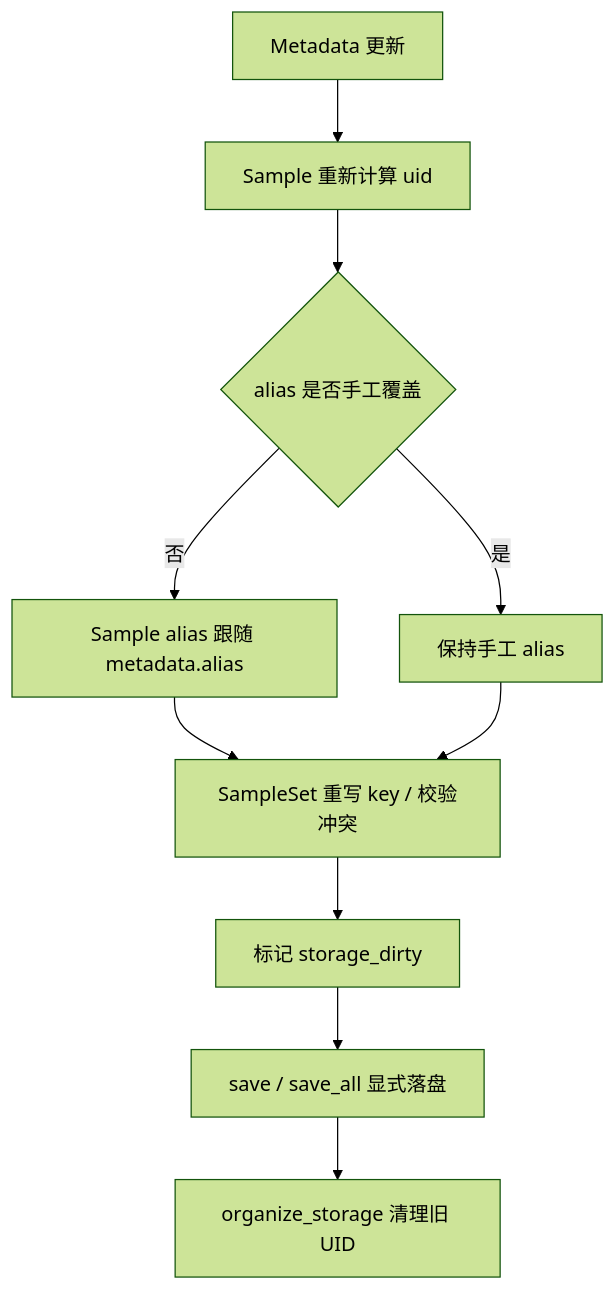
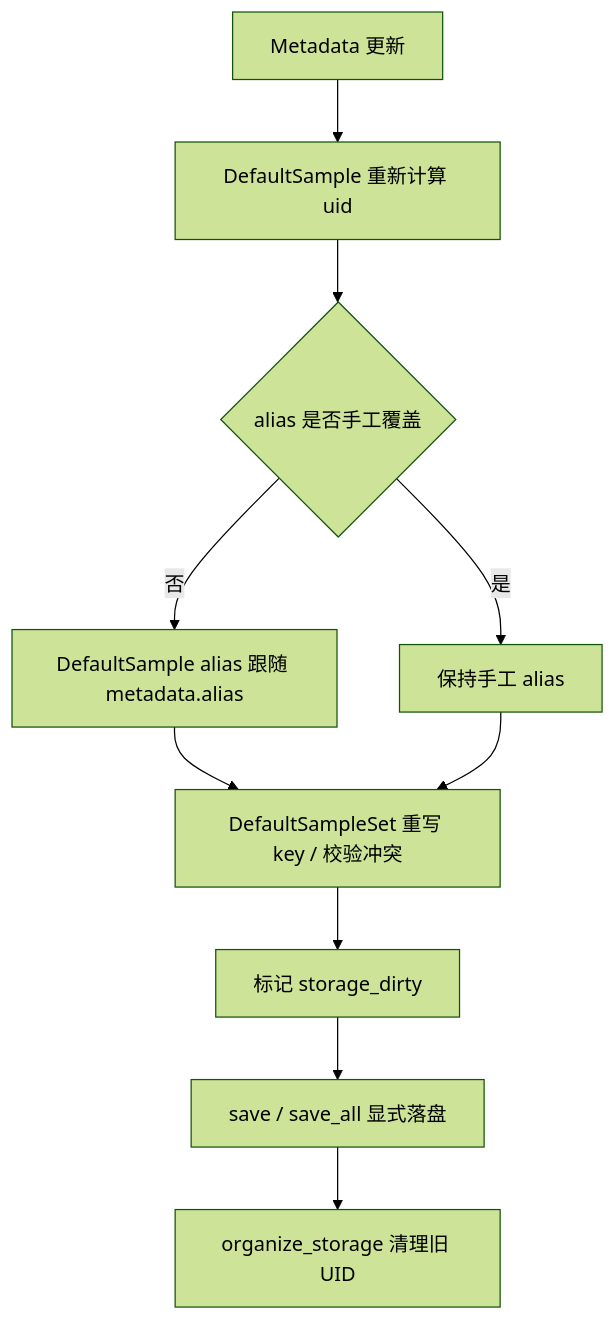
Before and after one commit to bingofisher/dyntool: the diagram in docs/developer/sample_identity_and_storage.md, drawn with Mermaid (forest theme). The commit also changed other lines of this file and 125 other files, not shown here.

````diff
--- a/docs/developer/sample_identity_and_storage.md
+++ b/docs/developer/sample_identity_and_storage.md
@@ -7,12 +10,12 @@
 ```mermaid
 flowchart TD
-    A["Metadata 更新"] --> B["Sample 重新计算 uid"]
+    A["Metadata 更新"] --> B["DefaultSample 重新计算 uid"]
     B --> C{"alias 是否手工覆盖"}
-    C -- "否" --> D["Sample alias 跟随 metadata.alias"]
+    C -- "否" --> D["DefaultSample alias 跟随 metadata.alias"]
     C -- "是" --> E["保持手工 alias"]
-    D --> F["SampleSet 重写 key / 校验冲突"]
+    D --> F["DefaultSampleSet 重写 key / 校验冲突"]
     E --> F
     F --> G["标记 storage_dirty"]
     G --> H["save / save_all 显式落盘"]
     H --> I["organize_storage 清理旧 UID"]
 ```
````
